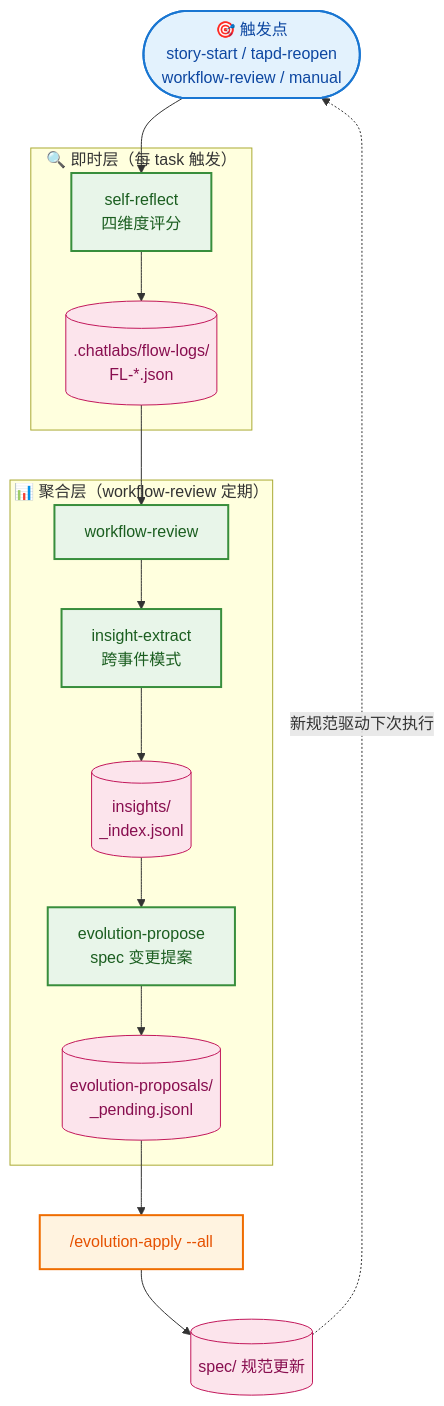
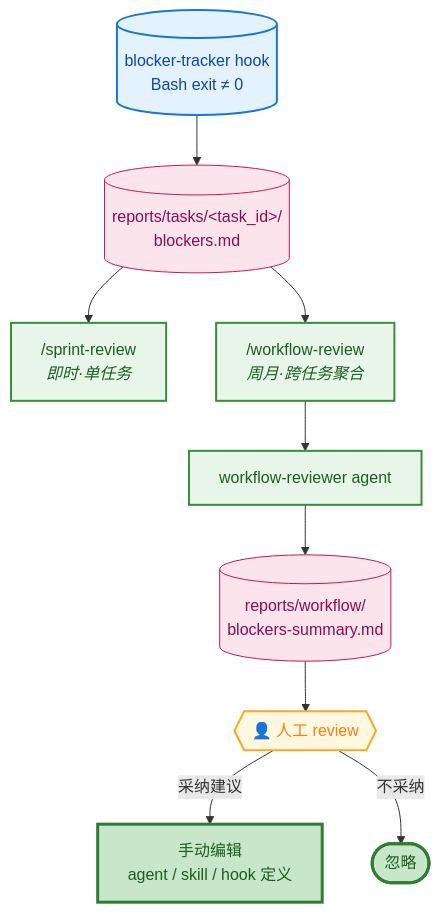
Before and after one commit to dd-xiaozhi/dev-agent-flow: diagram 15 of 15 in README.md, drawn with Mermaid. The commit also changed other lines of this file and 22 other files, not shown here.

````diff
--- a/README.md
+++ b/README.md
@@ -753,31 +731,23 @@
 ```mermaid
 flowchart TD
-    T(["🎯 触发点<br/>story-start / tapd-reopen<br/>workflow-review / manual"]) --> SR
+    HOOK[("blocker-tracker hook<br/>Bash exit ≠ 0")] --> BL[(reports/tasks/&lt;task_id&gt;/<br/>blockers.md)]
+    BL --> SR["/sprint-review<br/><i>即时·单任务</i>"]
+    BL --> WR["/workflow-review<br/><i>周月·跨任务聚合</i>"]
+    WR --> RW[workflow-reviewer agent]
+    RW --> SUMOUT[(reports/workflow/<br/>blockers-summary.md)]
+    SUMOUT --> HUMAN{{"👤 人工 review"}}
+    HUMAN -->|采纳建议| EDIT["手动编辑<br/>agent / skill / hook 定义"]
+    HUMAN -->|不采纳| DROP([忽略])
 
-    subgraph TIER1["🔍 即时层（每 task 触发）"]
-        SR[self-reflect<br/>四维度评分] --> SROUT[(.chatlabs/flow-logs/<br/>FL-*.json)]
-    end
-
-    SROUT --> WR
-
-    subgraph TIER2["📊 聚合层（workflow-review 定期）"]
-        WR[workflow-review] --> IE[insight-extract<br/>跨事件模式]
-        IE --> IEOUT[(insights/<br/>_index.jsonl)]
-        IEOUT --> EP[evolution-propose<br/>spec 变更提案]
-        EP --> EPOUT[(evolution-proposals/<br/>_pending.jsonl)]
-    end
-
-    EPOUT --> APPLY["/evolution-apply --all"]
-    APPLY --> SPEC[(spec/ 规范更新)]
-    SPEC -.->|新规范驱动下次执行| T
-
-    classDef trigger fill:#e3f2fd,stroke:#1976d2,stroke-width:2px,color:#0d47a1
+    classDef hook fill:#e3f2fd,stroke:#1976d2,stroke-width:2px,color:#0d47a1
     classDef proc fill:#e8f5e9,stroke:#388e3c,stroke-width:2px,color:#1b5e20
     classDef store fill:#fce4ec,stroke:#c2185b,stroke-width:1px,color:#880e4f
-    classDef apply fill:#fff3e0,stroke:#ef6c00,stroke-width:2px,color:#e65100
+    classDef human fill:#fff8e1,stroke:#f9a825,stroke-width:2px,color:#f57f17
+    classDef done fill:#c8e6c9,stroke:#2e7d32,stroke-width:3px,color:#1b5e20
 
-    class T trigger
-    class SR,WR,IE,EP proc
-    class SROUT,IEOUT,EPOUT,SPEC store
-    class APPLY apply
+    class HOOK hook
+    class SR,WR,RW proc
+    class BL,SUMOUT store
+    class HUMAN human
+    class EDIT,DROP done
 ```
````
